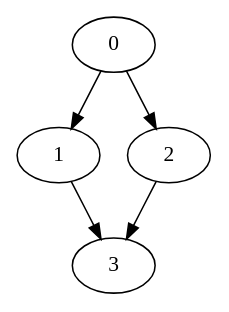
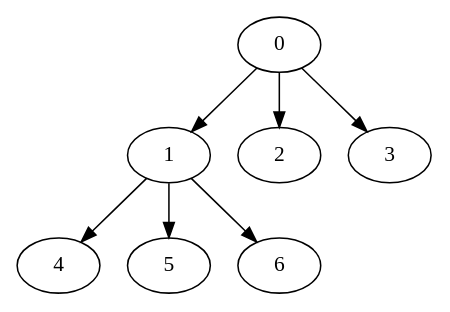
The diagram in src/main/resources/e8.dot (harmanlamba/GanttBustersTaskScheduler), drawn with Graphviz before and after one commit. The commit also changed 1 other file, not shown here.

Commit message:
Added BVA unit tests and input files for negative nodes /weights

```diff
--- a/src/main/resources/e8.dot
+++ b/src/main/resources/e8.dot
@@ -1,10 +1,15 @@
-digraph "pepman" {
-	0	 [Weight=2];
-	1	 [Weight=3];
-	0 -> 1	 [Weight=1];
-	2	 [Weight=3];
-	0 -> 2	 [Weight=2];
-	3	 [Weight=2];
-	1 -> 3	 [Weight=2];
-	2 -> 3	 [Weight=1];
+digraph "OutTree-Balanced-MaxBf-3_Nodes_7_CCR_2.0_WeightType_Random" {
+	1	 [Weight=6];
+	0	 [Weight=5];
+	0 -> 1	 [Weight=-15];
+	2	 [Weight=5];
+	0 -> 2	 [Weight=11];
+	3	 [Weight=6];
+	0 -> 3	 [Weight=11];
+	4	 [Weight=4];
+	1 -> 4	 [Weight=19];
+	5	 [Weight=7];
+	1 -> 5	 [Weight=4];
+	6	 [Weight=7];
+	1 -> 6	 [Weight=21];
 }
```
